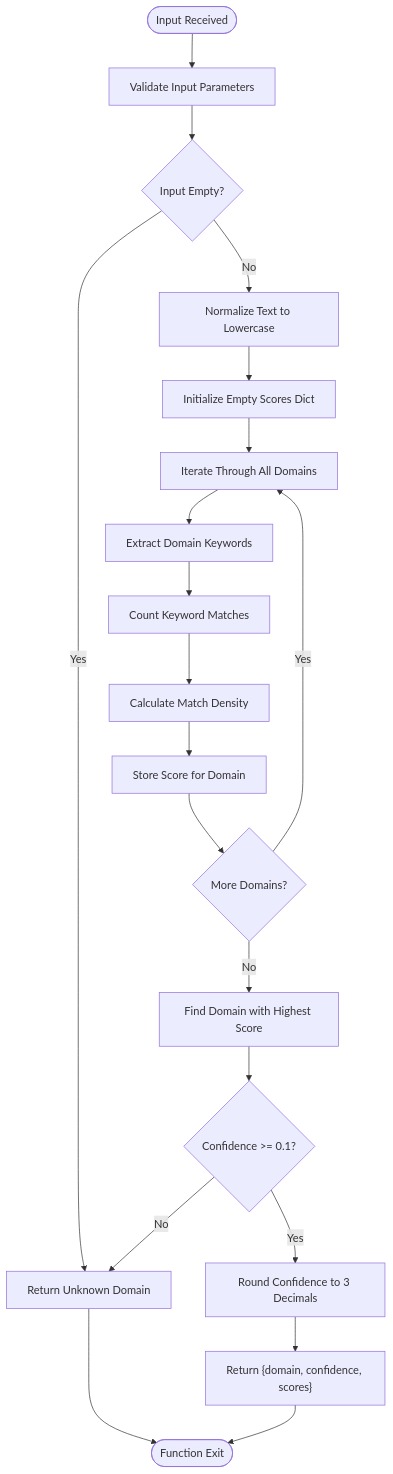
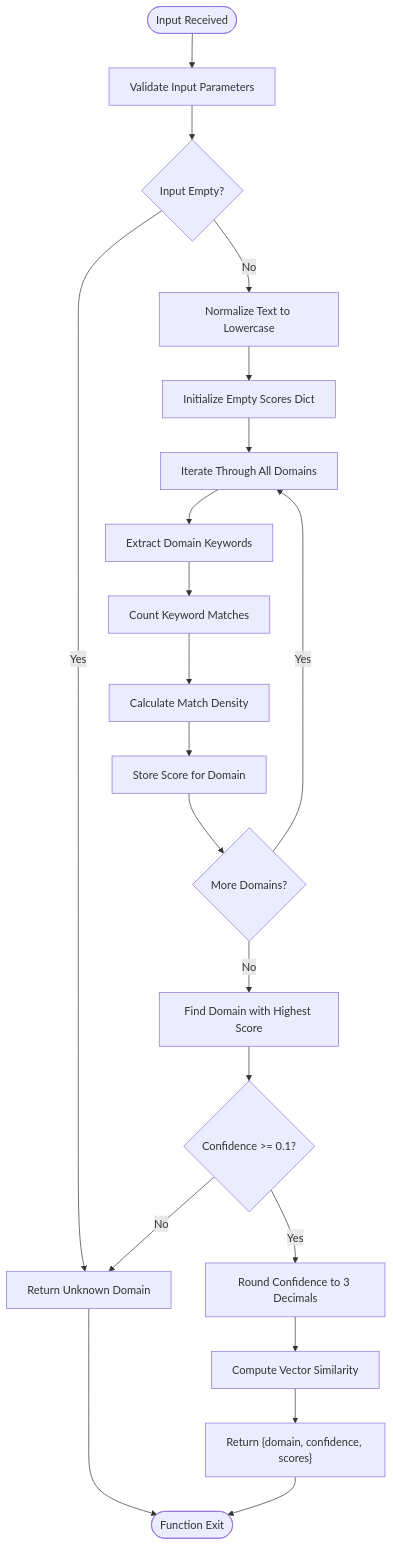
Before and after one commit to Revanththetalogics/aireume: the fourth of 6 diagrams in .qoder/repowiki/en/content/Analysis Engine/Domain Detection Service.md, drawn with Mermaid. The commit also changed other lines of this file and 41 other files, not shown here.

````diff
--- a/.qoder/repowiki/en/content/Analysis Engine/Domain Detection Service.md
+++ b/.qoder/repowiki/en/content/Analysis Engine/Domain Detection Service.md
@@ -159,22 +191,23 @@
 ```mermaid
 flowchart TD
 Start([Input Received]) --> ValidateInput["Validate Input Parameters"]
 ValidateInput --> InputEmpty{"Input Empty?"}
 InputEmpty --> |Yes| ReturnUnknown["Return Unknown Domain"]
 InputEmpty --> |No| NormalizeText["Normalize Text to Lowercase"]
 NormalizeText --> InitializeScores["Initialize Empty Scores Dict"]
 InitializeScores --> IterateDomains["Iterate Through All Domains"]
 IterateDomains --> ExtractKeywords["Extract Domain Keywords"]
 ExtractKeywords --> CountMatches["Count Keyword Matches"]
 CountMatches --> CalculateConfidence["Calculate Match Density"]
 CalculateConfidence --> StoreScore["Store Score for Domain"]
 StoreScore --> MoreDomains{"More Domains?"}
 MoreDomains --> |Yes| IterateDomains
 MoreDomains --> |No| FindBestDomain["Find Domain with Highest Score"]
 FindBestDomain --> CheckThreshold{"Confidence >= 0.1?"}
 CheckThreshold --> |No| ReturnUnknown
 CheckThreshold --> |Yes| RoundConfidence["Round Confidence to 3 Decimals"]
-RoundConfidence --> ReturnResult["Return {domain, confidence, scores}"]
+RoundConfidence --> VectorSimilarity["Compute Vector Similarity"]
+VectorSimilarity --> ReturnResult["Return {domain, confidence, scores}"]
 ReturnUnknown --> End([Function Exit])
 ReturnResult --> End
 ```
````
